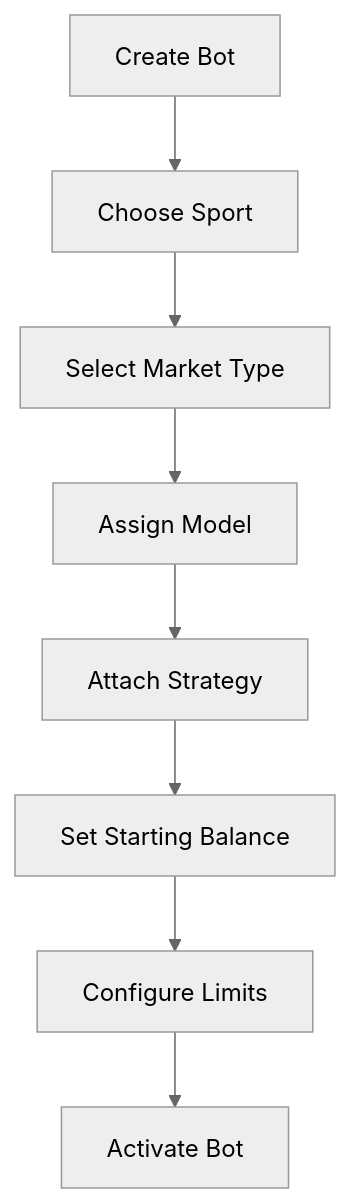
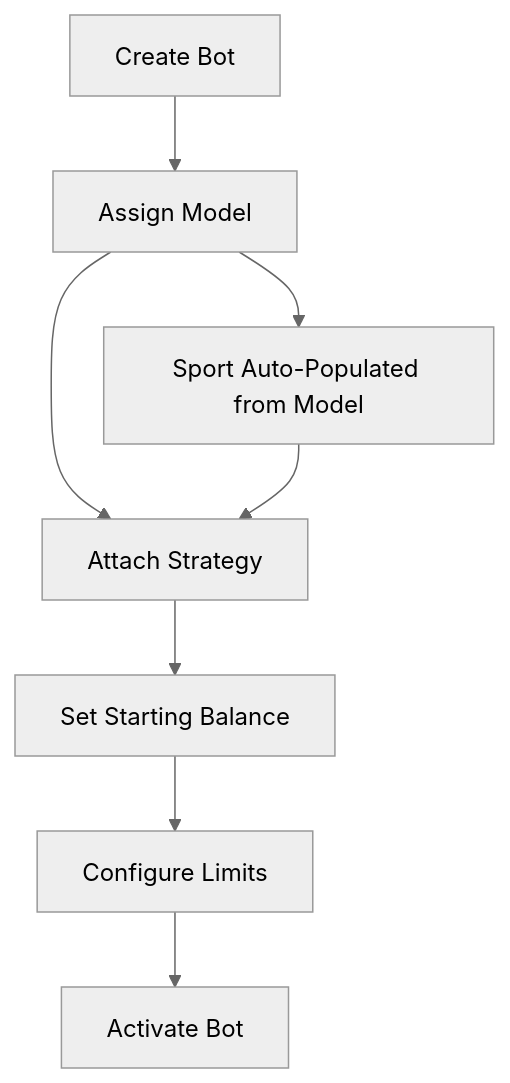
One commit to jslimak2/SI-HQ changed the third of 4 diagrams in QUICK_REFERENCE_GUIDE.md. Above: the diagram before and after it, drawn with Mermaid (neutral theme). The commit also changed other lines of this file and 3 other files, not shown here.

Commit message:
Fix eV strategy error, add troubleshoot page, and update bot configuration docs

````diff
--- a/QUICK_REFERENCE_GUIDE.md
+++ b/QUICK_REFERENCE_GUIDE.md
@@ -79,10 +79,11 @@
 ```mermaid
 flowchart TD
-    START[Create Bot] --> SPORT[Choose Sport]
-    SPORT --> MARKET[Select Market Type]
-    MARKET --> MODEL[Assign Model]
+    START[Create Bot] --> MODEL[Assign Model]
     MODEL --> STRATEGY[Attach Strategy]
     STRATEGY --> BALANCE[Set Starting Balance]
     BALANCE --> LIMITS[Configure Limits]
     LIMITS --> ACTIVATE[Activate Bot]
+    
+    MODEL --> AUTO_SPORT[Sport Auto-Populated from Model]
+    AUTO_SPORT --> STRATEGY
 ```
````
